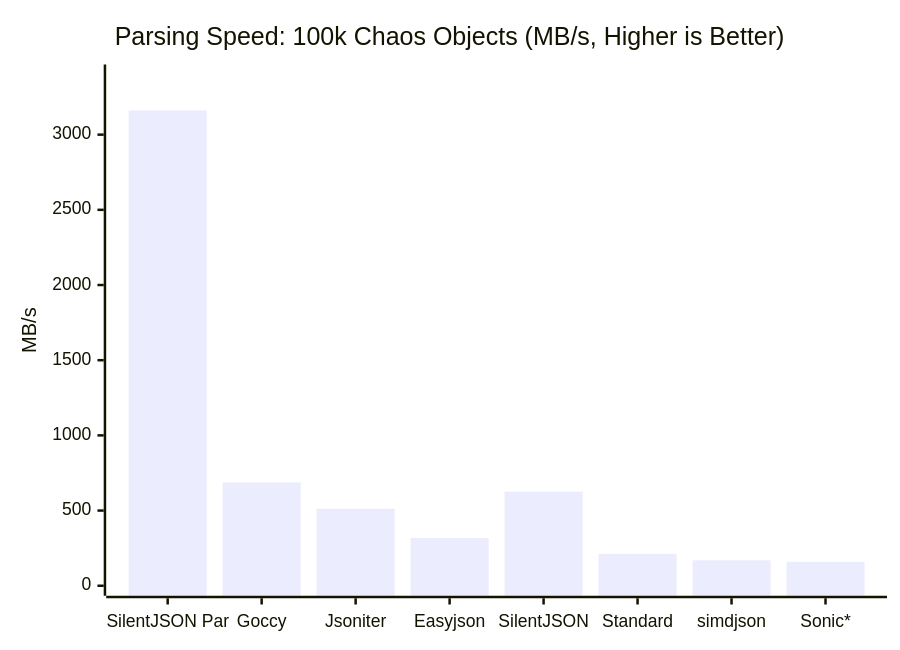
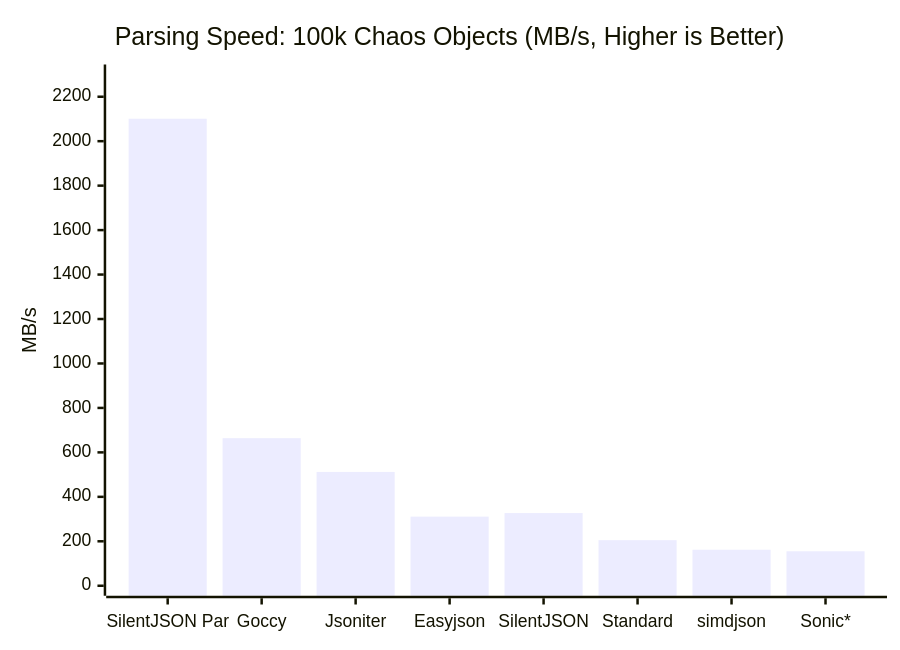
One commit to GenshIv/silentjson changed the first of 5 diagrams in README.md. Above: the diagram before and after it, drawn with Mermaid. The commit also changed other lines of this file, not shown here.

````diff
--- a/README.md
+++ b/README.md
@@ -84,7 +84,7 @@
 ```mermaid
 xychart-beta
     title "Parsing Speed: 100k Chaos Objects (MB/s, Higher is Better)"
     x-axis ["SilentJSON Par", "Goccy", "Jsoniter", "Easyjson", "SilentJSON", "Standard", "simdjson", "Sonic*"]
-    y-axis "MB/s" 0 --> 3400
-    bar [3161, 687, 512, 317, 626, 212, 169, 159]
+    y-axis "MB/s" 0 --> 2300
+    bar [2101, 664, 512, 311, 327, 205, 162, 155]
 ```
````
